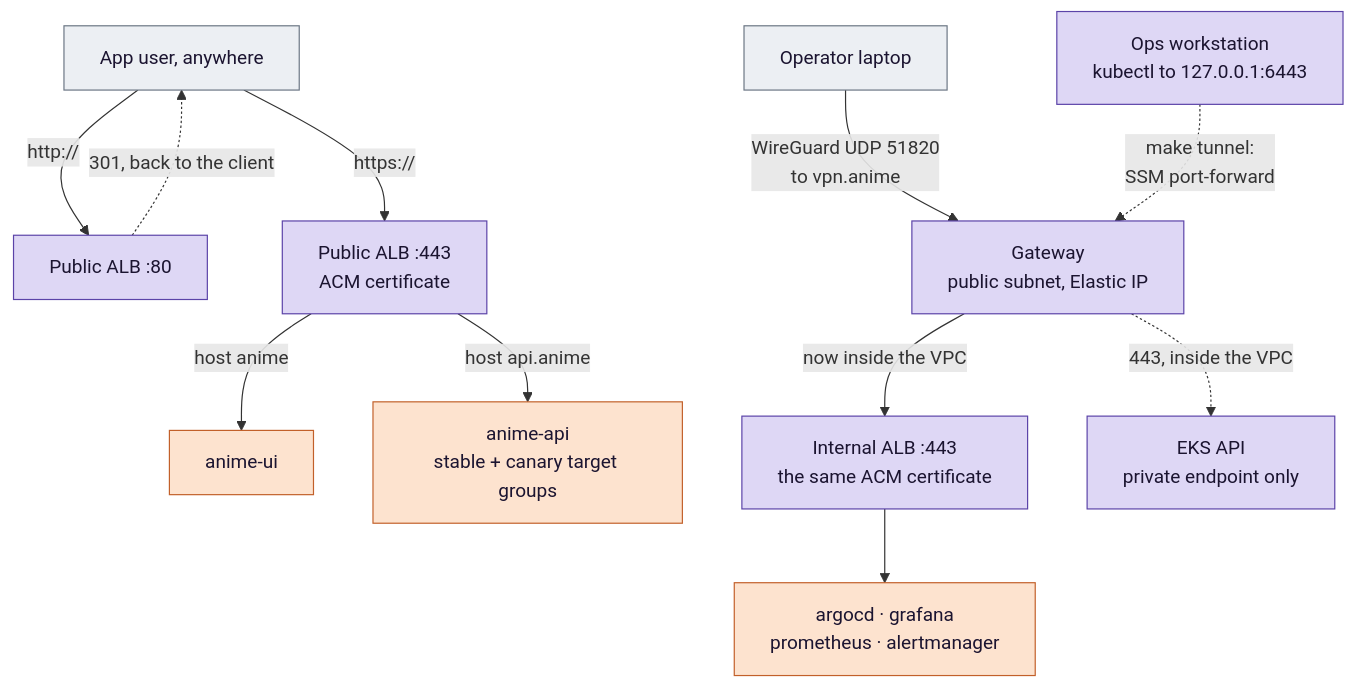
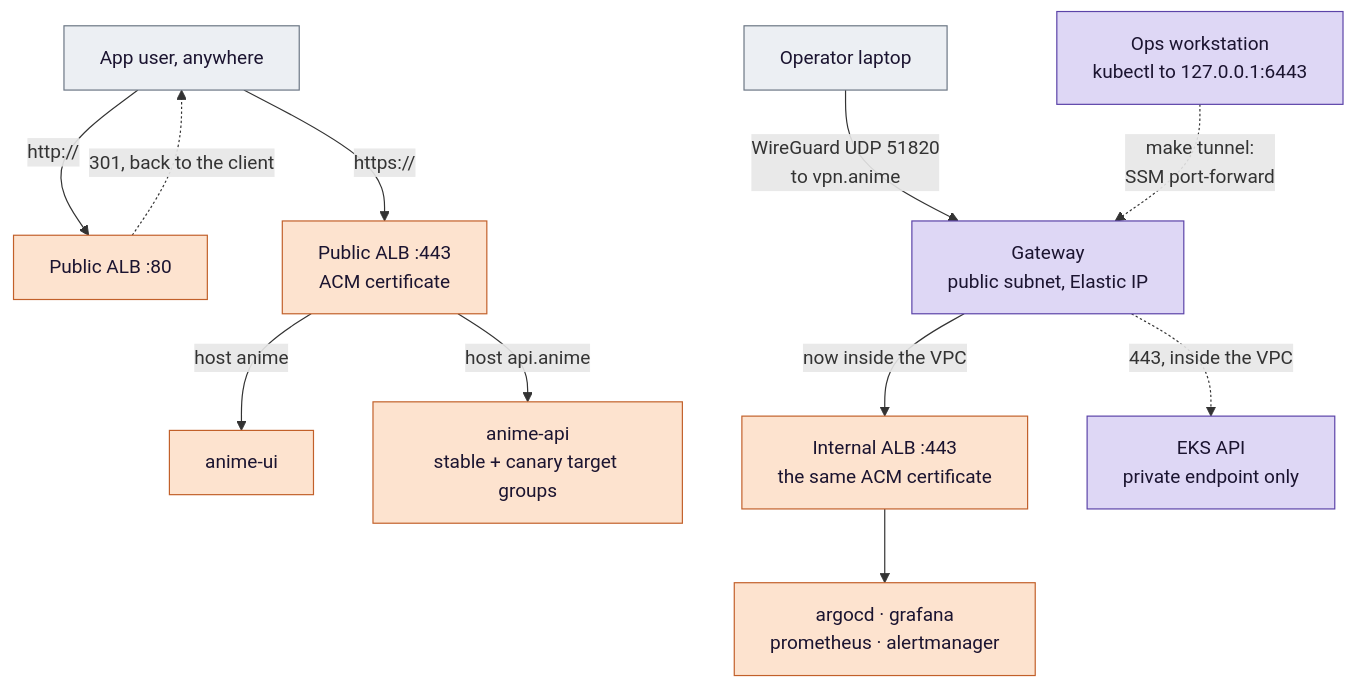
One commit to biabeogo147/Anime-Recommender changed the eighth of 8 diagrams in docs/eks-sre-llmops-design.md. Above: the diagram before and after it, drawn with Mermaid. The commit also changed other lines of this file and 17 other files, not shown here.

````diff
--- a/docs/eks-sre-llmops-design.md
+++ b/docs/eks-sre-llmops-design.md
@@ -634,22 +888,23 @@
 ```mermaid
 flowchart TB
     USER["App user, anywhere"] -->|"http://"| L80["Public ALB :80"]
     L80 -.->|"301, back to the client"| USER
     USER -->|"https://"| L443["Public ALB :443<br/>ACM certificate"]
     L443 -->|"host anime"| UIB["anime-ui"]
     L443 -->|"host api.anime"| APIB["anime-api<br/>stable + canary target groups"]
 
     OPSL["Operator laptop"] -->|"WireGuard UDP 51820<br/>to vpn.anime"| WGB["Gateway<br/>public subnet, Elastic IP"]
     WGB -->|"now inside the VPC"| IALBB["Internal ALB :443<br/>the same ACM certificate"]
     IALBB --> UIS["argocd · grafana<br/>prometheus · alertmanager"]
 
     WSB["Ops workstation<br/>kubectl to 127.0.0.1:6443"] -.->|"make tunnel:<br/>SSM port-forward"| WGB
     WGB -.->|"443, inside the VPC"| EKSB["EKS API<br/>private endpoint only"]
 
     classDef tf fill:#ded7f5,stroke:#5b43a8,color:#1b1430;
     classDef argo fill:#fde3cf,stroke:#c2602a,color:#1b1430;
     classDef ext fill:#eceff3,stroke:#6b7684,color:#1b1430;
-    class L80,L443,IALBB,WGB,EKSB,WSB tf
+    class WGB,EKSB,WSB tf
+    class L80,L443,IALBB argo
     class UIB,APIB,UIS argo
     class USER,OPSL ext
 ```
````
